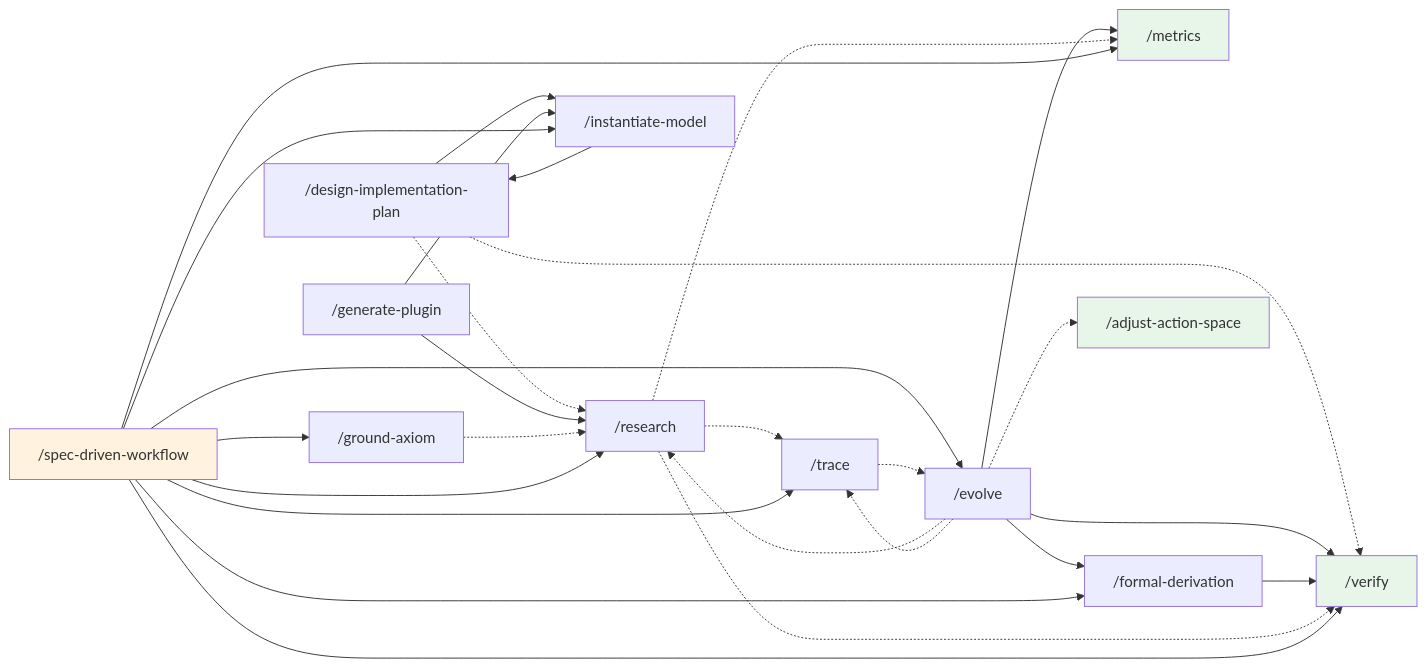
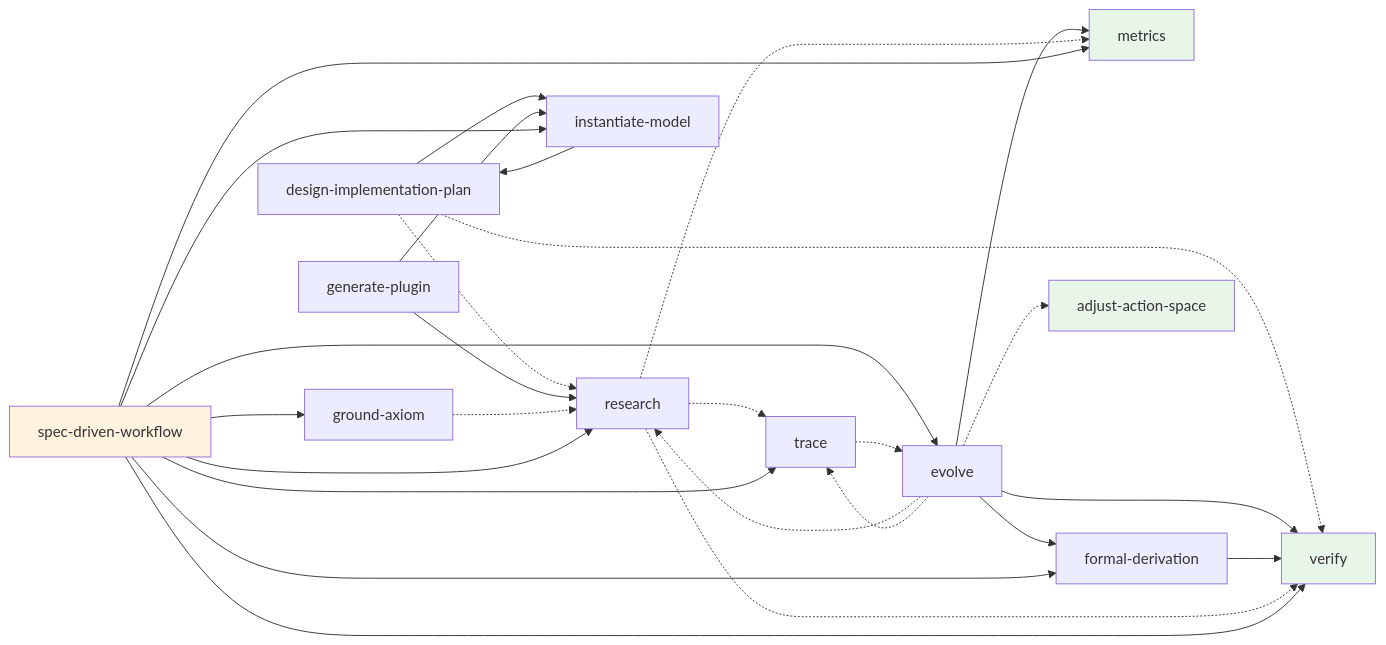
One commit to niraiarin/agent-manifesto changed the diagram in README.md. Above: the diagram before and after it, drawn with Mermaid.

Commit message:
README: Mermaid ノードラベルから / を除去（GitHub レンダリング修正）

````diff
--- a/README.md
+++ b/README.md
@@ -106,34 +106,34 @@
 ```mermaid
 graph LR
-  design_implementation_plan["/design-implementation-plan"] -.-> research["/research"]
-  design_implementation_plan["/design-implementation-plan"] -.-> verify["/verify"]
-  design_implementation_plan["/design-implementation-plan"] --> instantiate_model["/instantiate-model"]
-  evolve["/evolve"] --> metrics["/metrics"]
-  evolve["/evolve"] --> verify["/verify"]
-  evolve["/evolve"] --> formal_derivation["/formal-derivation"]
-  evolve["/evolve"] -.-> adjust_action_space["/adjust-action-space"]
-  evolve["/evolve"] -.-> research["/research"]
-  evolve["/evolve"] -.-> trace["/trace"]
-  formal_derivation["/formal-derivation"] --> verify["/verify"]
-  generate_plugin["/generate-plugin"] --> research["/research"]
-  generate_plugin["/generate-plugin"] --> instantiate_model["/instantiate-model"]
-  ground_axiom["/ground-axiom"] -.-> research["/research"]
-  instantiate_model["/instantiate-model"] --> design_implementation_plan["/design-implementation-plan"]
-  research["/research"] -.-> verify["/verify"]
-  research["/research"] -.-> trace["/trace"]
-  research["/research"] -.-> metrics["/metrics"]
-  spec_driven_workflow["/spec-driven-workflow"] --> instantiate_model["/instantiate-model"]
-  spec_driven_workflow["/spec-driven-workflow"] --> research["/research"]
-  spec_driven_workflow["/spec-driven-workflow"] --> formal_derivation["/formal-derivation"]
-  spec_driven_workflow["/spec-driven-workflow"] --> trace["/trace"]
-  spec_driven_workflow["/spec-driven-workflow"] --> verify["/verify"]
-  spec_driven_workflow["/spec-driven-workflow"] --> metrics["/metrics"]
-  spec_driven_workflow["/spec-driven-workflow"] --> ground_axiom["/ground-axiom"]
-  spec_driven_workflow["/spec-driven-workflow"] --> evolve["/evolve"]
-  trace["/trace"] -.-> evolve["/evolve"]
+  design_implementation_plan["design-implementation-plan"] -.-> research["research"]
+  design_implementation_plan -.-> verify["verify"]
+  design_implementation_plan --> instantiate_model["instantiate-model"]
+  evolve["evolve"] --> metrics["metrics"]
+  evolve --> verify
+  evolve --> formal_derivation["formal-derivation"]
+  evolve -.-> adjust_action_space["adjust-action-space"]
+  evolve -.-> research
+  evolve -.-> trace["trace"]
+  formal_derivation --> verify
+  generate_plugin["generate-plugin"] --> research
+  generate_plugin --> instantiate_model
+  ground_axiom["ground-axiom"] -.-> research
+  instantiate_model --> design_implementation_plan
+  research -.-> verify
+  research -.-> trace
+  research -.-> metrics
+  spec_driven_workflow["spec-driven-workflow"] --> instantiate_model
+  spec_driven_workflow --> research
+  spec_driven_workflow --> formal_derivation
+  spec_driven_workflow --> trace
+  spec_driven_workflow --> verify
+  spec_driven_workflow --> metrics
+  spec_driven_workflow --> ground_axiom
+  spec_driven_workflow --> evolve
+  trace -.-> evolve
 
   style metrics fill:#e8f5e9
   style verify fill:#e8f5e9
   style adjust_action_space fill:#e8f5e9
   style spec_driven_workflow fill:#fff3e0
 ```
````
